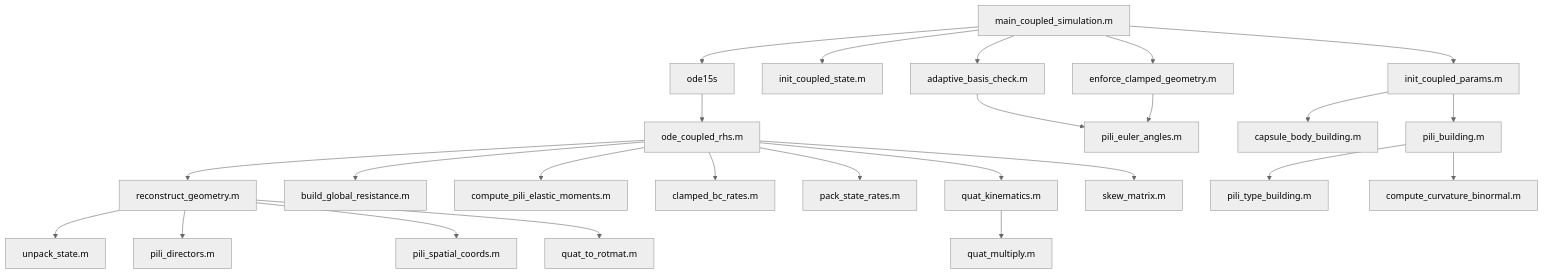
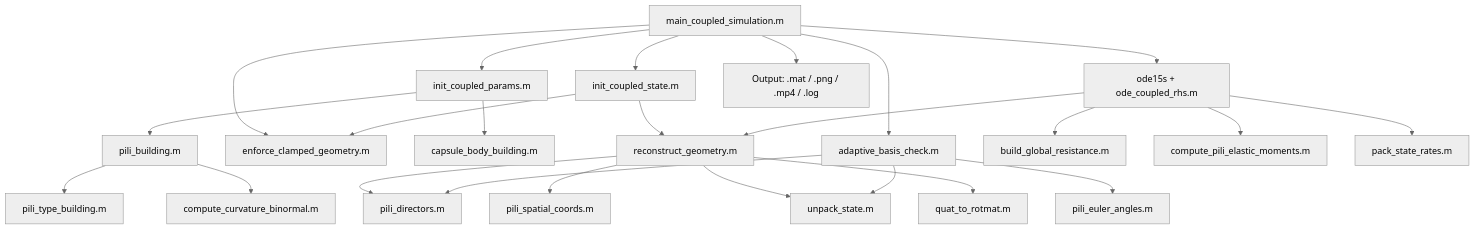
One commit to Lucien-6/Bacteria_Elastohydrodynamic_Simulation changed the diagram in README.md. Above: the diagram before and after it, drawn with Mermaid (neutral theme). The commit also changed other lines of this file and 6 other files, not shown here.

````diff
--- a/README.md
+++ b/README.md
@@ -97,27 +121,31 @@
 ```mermaid
 graph TD
     A[main_coupled_simulation.m] --> B[init_coupled_params.m]
     A --> C[init_coupled_state.m]
-    A --> D[adaptive_basis_check.m]
-    A --> CG[enforce_clamped_geometry.m]
-    A --> E[ode15s]
-    E --> F[ode_coupled_rhs.m]
-    F --> G[reconstruct_geometry.m]
-    F --> H[build_global_resistance.m]
-    F --> I[compute_pili_elastic_moments.m]
-    G --> J[unpack_state.m]
-    G --> K[pili_directors.m]
-    G --> L[pili_spatial_coords.m]
-    G --> M[quat_to_rotmat.m]
-    D --> N[pili_euler_angles.m]
-    CG --> N
-    F --> O[clamped_bc_rates.m]
-    F --> P[pack_state_rates.m]
-    F --> Q[quat_kinematics.m]
-    Q --> R[quat_multiply.m]
-    F --> S[skew_matrix.m]
-    B --> T[capsule_body_building.m]
-    B --> U[pili_building.m]
-    U --> V[pili_type_building.m]
-    U --> W[compute_curvature_binormal.m]
+    A --> D[ode15s + ode_coupled_rhs.m]
+    A --> E[adaptive_basis_check.m]
+    A --> F[enforce_clamped_geometry.m]
+    A --> G[Output: .mat / .png / .mp4 / .log]
+
+    B --> H[capsule_body_building.m]
+    B --> I[pili_building.m]
+    I --> J[pili_type_building.m]
+    I --> K[compute_curvature_binormal.m]
+
+    C --> L[reconstruct_geometry.m]
+    C --> F
+
+    D --> L
+    D --> M[build_global_resistance.m]
+    D --> N[compute_pili_elastic_moments.m]
+    D --> P[pack_state_rates.m]
+
+    L --> Q[pili_directors.m]
+    L --> R[pili_spatial_coords.m]
+    L --> S[unpack_state.m]
+    L --> T[quat_to_rotmat.m]
+
+    E --> Q
+    E --> U[pili_euler_angles.m]
+    E --> S
 ```
````
